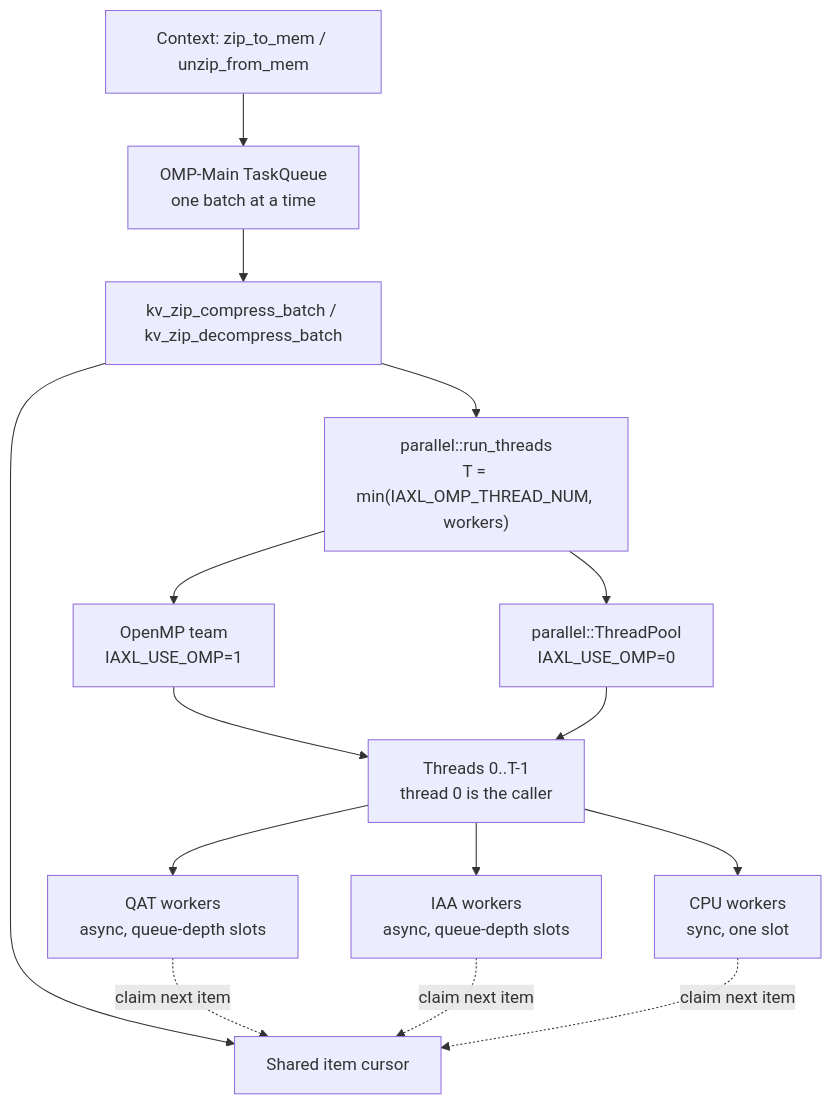
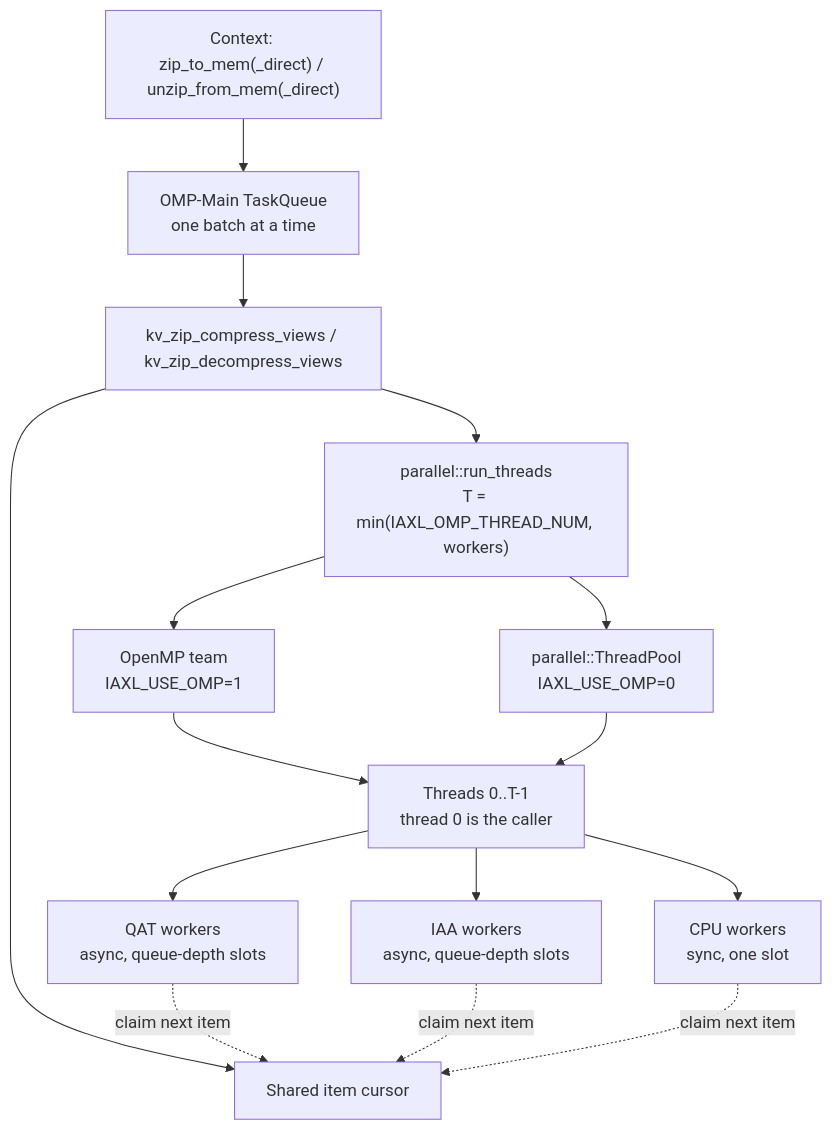
Before and after one commit to Yogaraj-Alamenda/intel-accel-for-llm: the first of 2 diagrams in doc/design/kv-zip.md, drawn with Mermaid. The commit also changed other lines of this file and 16 other files, not shown here.

````diff
--- a/doc/design/kv-zip.md
+++ b/doc/design/kv-zip.md
@@ -15,14 +17,14 @@
 ```mermaid
 flowchart TD
-    Ctx["Context: zip_to_mem / unzip_from_mem"] --> Queue["OMP-Main TaskQueue<br/>one batch at a time"]
-    Queue --> Batch["kv_zip_compress_batch / kv_zip_decompress_batch"]
+    Ctx["Context: zip_to_mem(_direct) / unzip_from_mem(_direct)"] --> Queue["OMP-Main TaskQueue<br/>one batch at a time"]
+    Queue --> Batch["kv_zip_compress_views / kv_zip_decompress_views"]
     Batch --> Cursor["Shared item cursor"]
     Batch --> Run["parallel::run_threads<br/>T = min(IAXL_OMP_THREAD_NUM, workers)"]
     Run --> OMP["OpenMP team<br/>IAXL_USE_OMP=1"]
     Run --> TP["parallel::ThreadPool<br/>IAXL_USE_OMP=0"]
     OMP & TP --> Threads["Threads 0..T-1<br/>thread 0 is the caller"]
     Threads --> QAT["QAT workers<br/>async, queue-depth slots"]
     Threads --> IAA["IAA workers<br/>async, queue-depth slots"]
     Threads --> CPU["CPU workers<br/>sync, one slot"]
     QAT & IAA & CPU -. "claim next item" .-> Cursor
 ```
````
